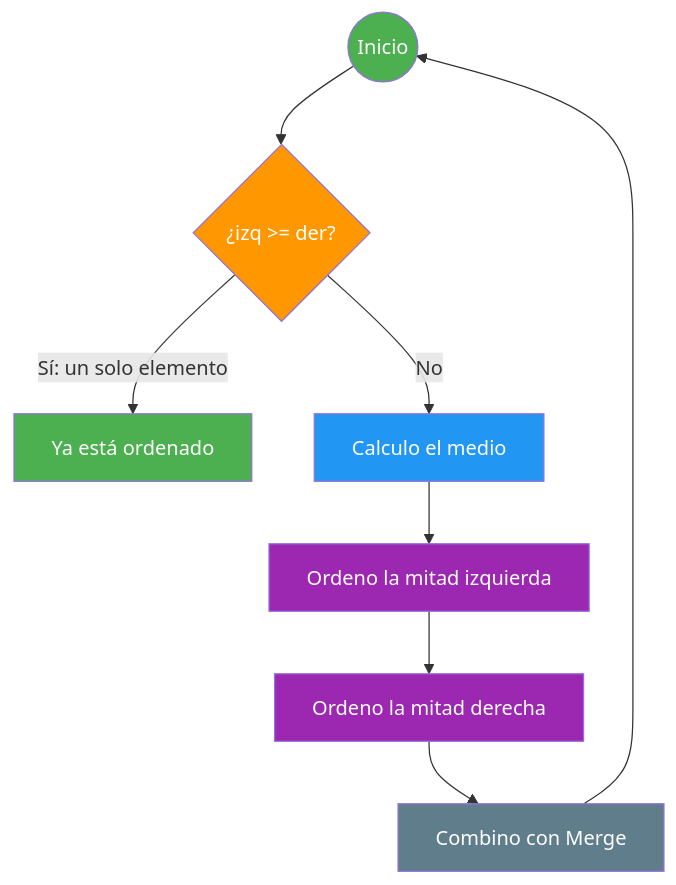
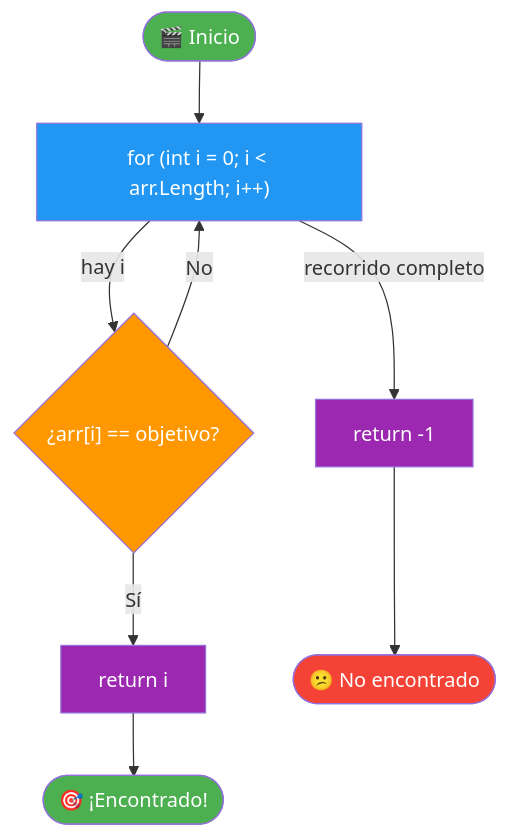
One commit to joseluisgs/Programacion-03-2026-2027 changed diagram 13 of 18 in 07-ordenacion-busqueda.md. Above: the diagram before and after it, drawn with Mermaid. The commit also changed other lines of this file and 3 other files, not shown here.

````diff
--- a/07-ordenacion-busqueda.md
+++ b/07-ordenacion-busqueda.md
@@ -323,17 +590,17 @@
 ```mermaid
 graph TD
-    S(("Inicio")) --> BASE{"¿izq >= der?"}
-    BASE -->|"Sí: un solo elemento"| OK["Ya está ordenado"]
-    BASE -->|"No"| MEDIO["Calculo el medio"]
-    MEDIO --> IZQ["Ordeno la mitad izquierda"]
-    IZQ --> DER["Ordeno la mitad derecha"]
-    DER --> MEZCLA["Combino con Merge"]
-    MEZCLA --> S
-    style S fill:#4CAF50,color:#fff
+    INICIO(["🎬 Inicio"]) --> L3["for (int i = 0; i &lt; arr.Length; i++)"]
+    L3 -->|"hay i"| L5{"¿arr[i] == objetivo?"}
+    L3 -->|"recorrido completo"| L8["return -1"]
+    L5 -->|"Sí"| L6["return i"]
+    L5 -->|"No"| L3
+    L6 --> OK(["🎯 ¡Encontrado!"])
+    L8 --> KO(["😕 No encontrado"])
+    style INICIO fill:#4CAF50,color:#fff
     style OK fill:#4CAF50,color:#fff
-    style BASE fill:#FF9800,color:#fff
-    style MEDIO fill:#2196F3,color:#fff
-    style IZQ fill:#9C27B0,color:#fff
-    style DER fill:#9C27B0,color:#fff
-    style MEZCLA fill:#607D8B,color:#fff
+    style KO fill:#f44336,color:#fff
+    style L3 fill:#2196F3,color:#fff
+    style L5 fill:#FF9800,color:#fff
+    style L6 fill:#9C27B0,color:#fff
+    style L8 fill:#9C27B0,color:#fff
 ```
````
